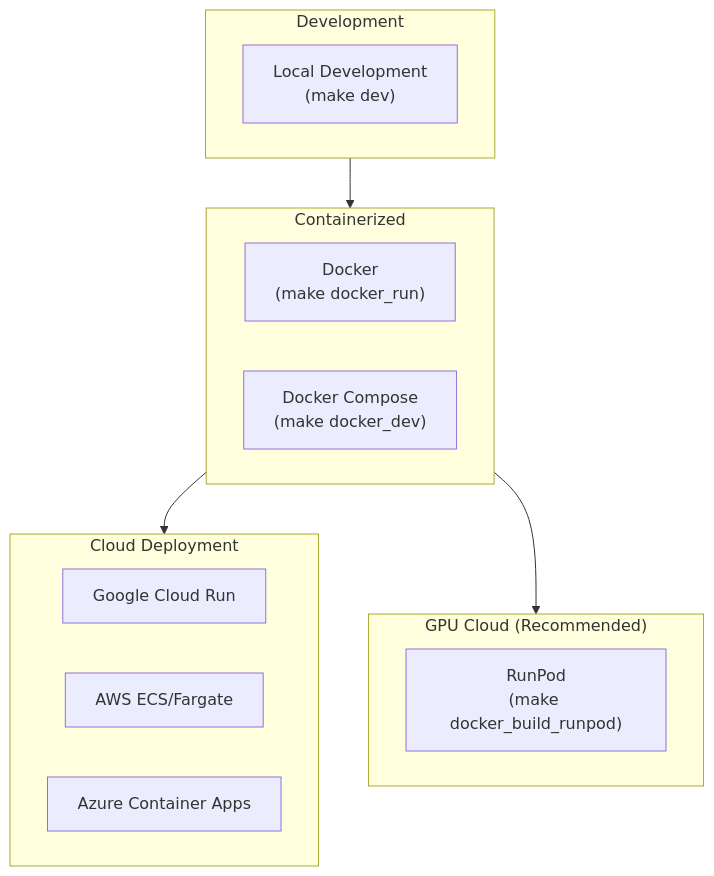
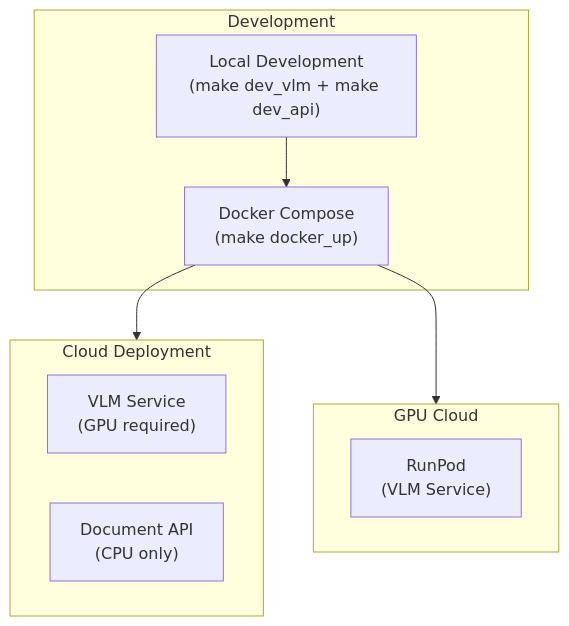
The first of 3 diagrams in docs/deployment.md (akosgintl/colpali-rag-app), drawn with Mermaid before and after one commit. The commit also changed other lines of this file and 84 other files, not shown here.

Commit message:
refactored to document-api and colpali-vlm projects

````diff
--- a/docs/deployment.md
+++ b/docs/deployment.md
@@ -7,24 +7,20 @@
 ```mermaid
 graph TD
     subgraph Dev["Development"]
-        Local["Local Development\n(make dev)"]
-    end
-
-    subgraph Container["Containerized"]
-        Docker["Docker\n(make docker_run)"]
-        Compose["Docker Compose\n(make docker_dev)"]
+        Local["Local Development\n(make dev_vlm + make dev_api)"]
+        DockerDev["Docker Compose\n(make docker_up)"]
     end
 
     subgraph Cloud["Cloud Deployment"]
-        GCP["Google Cloud Run"]
-        AWS["AWS ECS/Fargate"]
-        Azure["Azure Container Apps"]
+        VLMCloud["VLM Service\n(GPU required)"]
+        APICloud["Document API\n(CPU only)"]
     end
 
-    subgraph GPU["GPU Cloud (Recommended)"]
-        RunPod["RunPod\n(make docker_build_runpod)"]
+    subgraph GPU["GPU Cloud"]
+        RunPod["RunPod\n(VLM Service)"]
     end
 
-    Dev --> Container --> Cloud
-    Container --> GPU
+    Local --> DockerDev
+    DockerDev --> Cloud
+    DockerDev --> GPU
 ```
````
